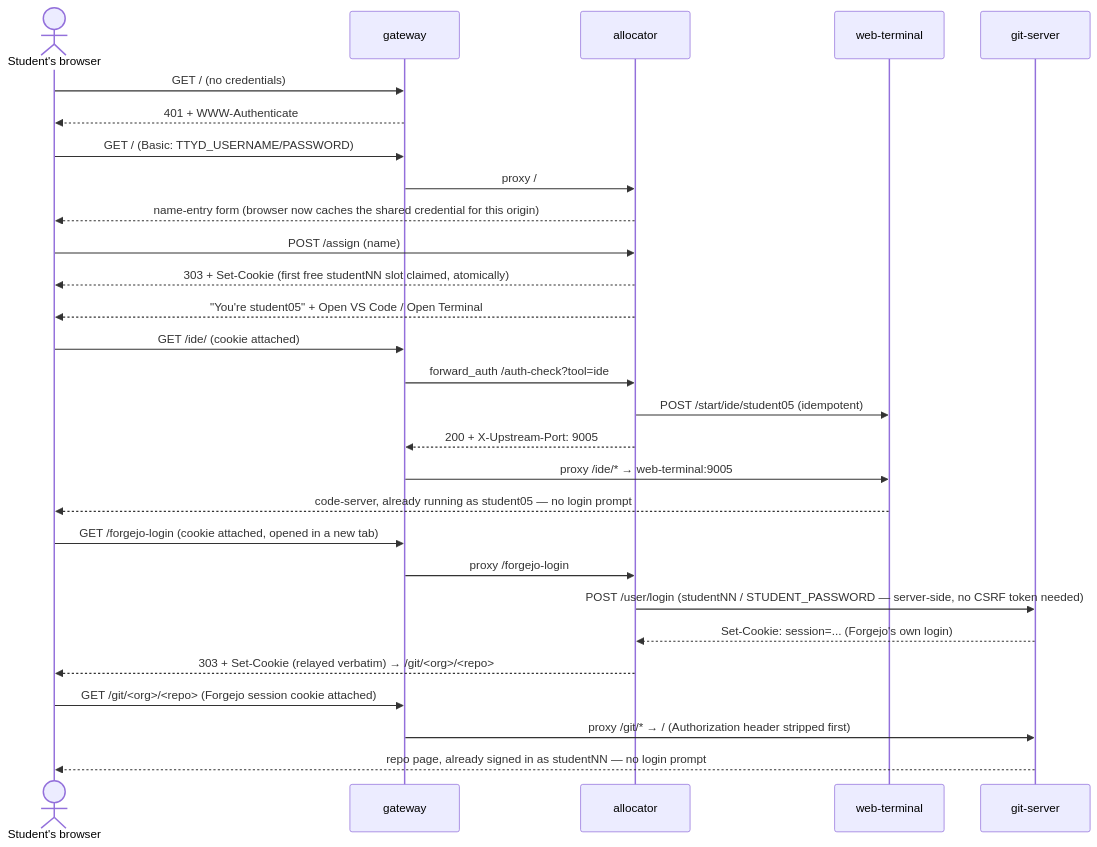
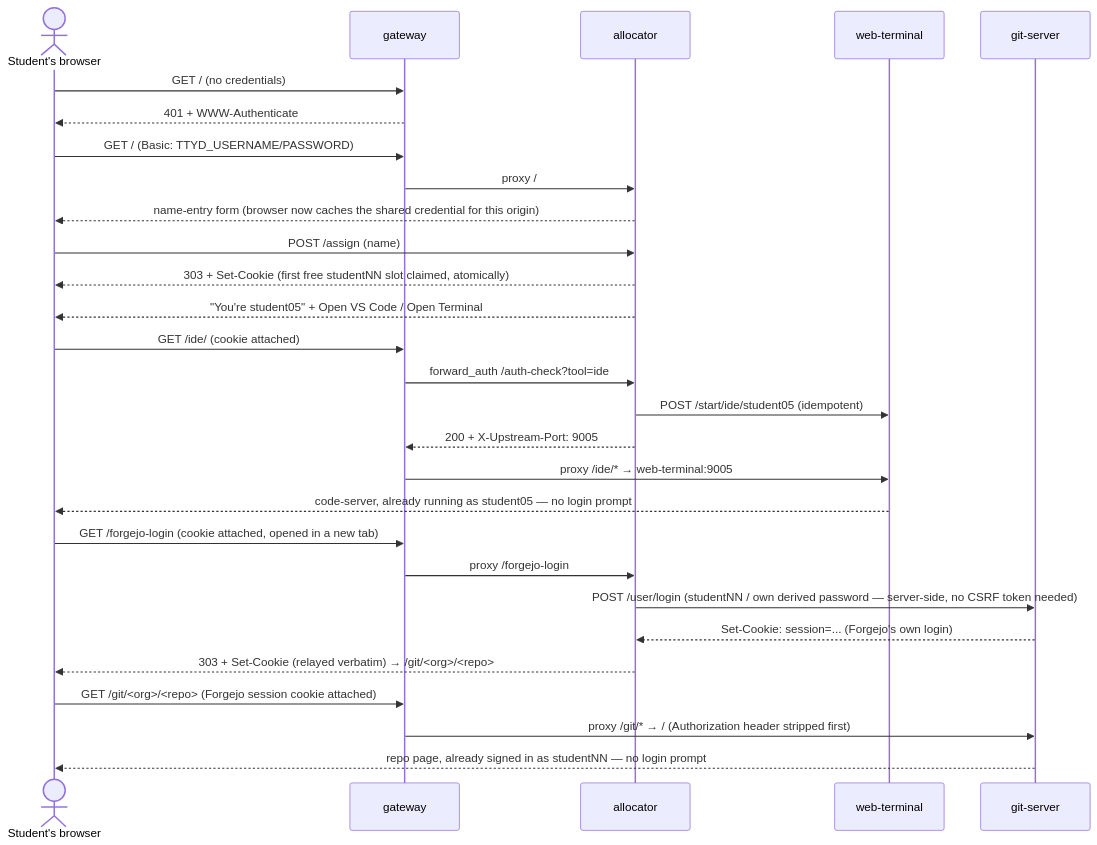
The second of 3 diagrams in engine/README.md (fiddler110/GitOps_Dojo), drawn with Mermaid before and after one commit. The commit also changed other lines of this file and 37 other files, not shown here.

````diff
--- a/engine/README.md
+++ b/engine/README.md
@@ -81,35 +81,35 @@
 ```mermaid
 sequenceDiagram
     actor S as Student's browser
     participant GW as gateway
     participant AL as allocator
     participant WT as web-terminal
     participant GS as git-server
 
     S->>GW: GET / (no credentials)
     GW-->>S: 401 + WWW-Authenticate
     S->>GW: GET / (Basic: TTYD_USERNAME/PASSWORD)
     GW->>AL: proxy /
     AL-->>S: name-entry form (browser now caches the shared credential for this origin)
 
     S->>AL: POST /assign (name)
     AL-->>S: 303 + Set-Cookie (first free studentNN slot claimed, atomically)
     AL-->>S: "You're student05" + Open VS Code / Open Terminal
 
     S->>GW: GET /ide/ (cookie attached)
     GW->>AL: forward_auth /auth-check?tool=ide
     AL->>WT: POST /start/ide/student05 (idempotent)
     AL-->>GW: 200 + X-Upstream-Port: 9005
     GW->>WT: proxy /ide/* → web-terminal:9005
     WT-->>S: code-server, already running as student05 — no login prompt
 
     S->>GW: GET /forgejo-login (cookie attached, opened in a new tab)
     GW->>AL: proxy /forgejo-login
-    AL->>GS: POST /user/login (studentNN / STUDENT_PASSWORD — server-side, no CSRF token needed)
+    AL->>GS: POST /user/login (studentNN / own derived password — server-side, no CSRF token needed)
     GS-->>AL: Set-Cookie: session=... (Forgejo's own login)
     AL-->>S: 303 + Set-Cookie (relayed verbatim) → /git/<org>/<repo>
 
     S->>GW: GET /git/<org>/<repo> (Forgejo session cookie attached)
     GW->>GS: proxy /git/* → / (Authorization header stripped first)
     GS-->>S: repo page, already signed in as studentNN — no login prompt
 ```
````
